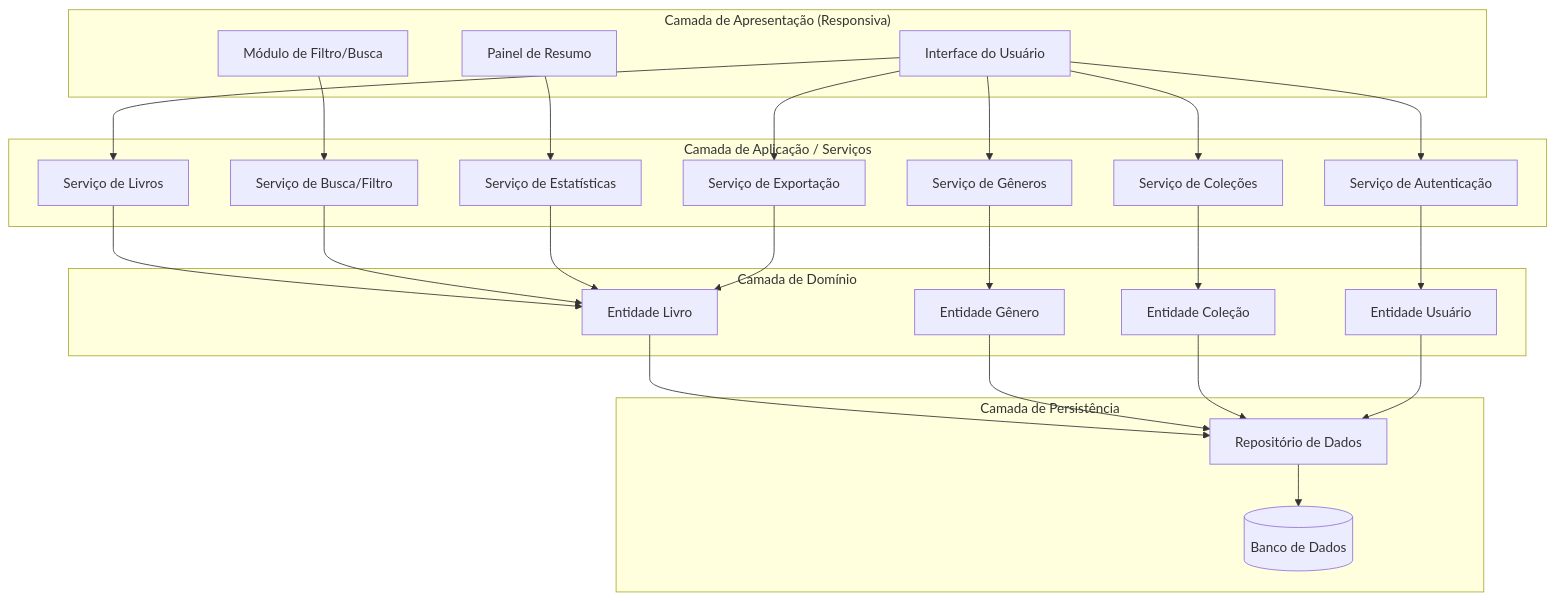
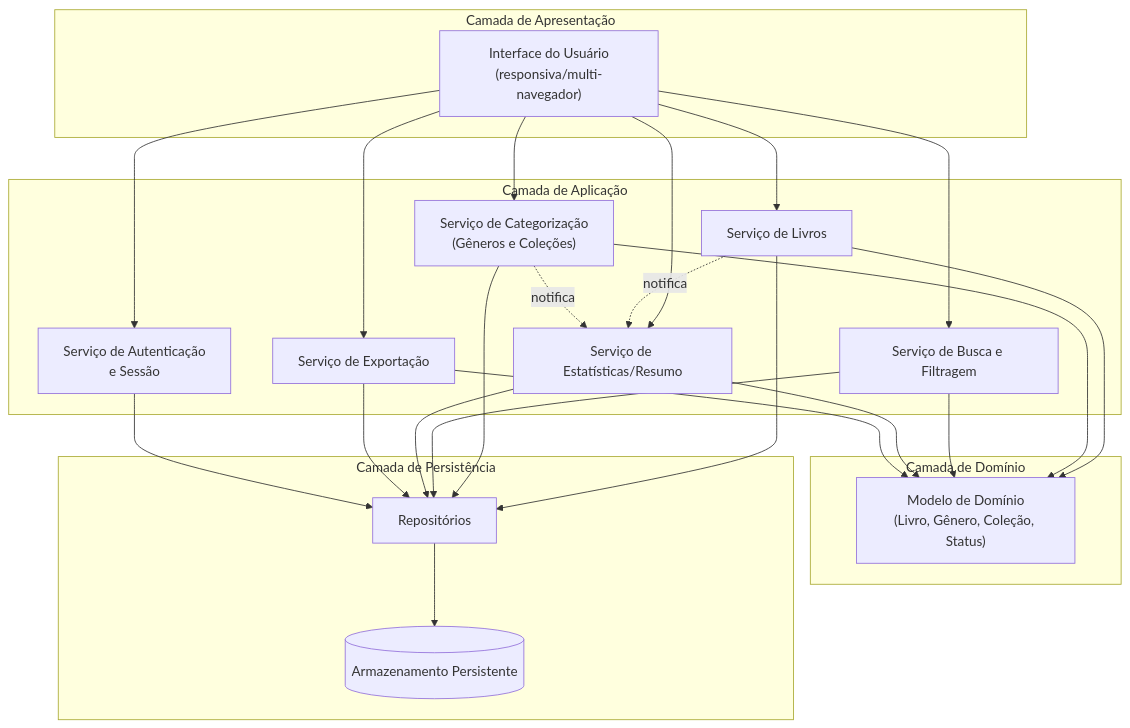
Before and after one commit to PDC-ESIA/AI4ES: the first of 4 diagrams in docs/Time_2_Design/analise-qualitativa/outputs/relatorio_claude_opus_4_8_P04.md, drawn with Mermaid. The commit also changed other lines of this file and 93 other files, not shown here.

````diff
--- a/docs/Time_2_Design/analise-qualitativa/outputs/relatorio_claude_opus_4_8_P04.md
+++ b/docs/Time_2_Design/analise-qualitativa/outputs/relatorio_claude_opus_4_8_P04.md
@@ -27,52 +27,48 @@
 ```mermaid
-flowchart TD
-    subgraph Cliente["Camada de Apresentação (Responsiva)"]
-        UI[Interface do Usuário]
-        FiltroUI[Módulo de Filtro/Busca]
-        ResumoUI[Painel de Resumo]
+graph TD
+    subgraph Cliente["Camada de Apresentação"]
+        UI["Interface do Usuário<br/>(responsiva/multi-navegador)"]
     end
 
-    subgraph API["Camada de Aplicação / Serviços"]
-        AuthSvc[Serviço de Autenticação]
-        LivroSvc[Serviço de Livros]
-        GeneroSvc[Serviço de Gêneros]
-        ColecaoSvc[Serviço de Coleções]
-        BuscaSvc[Serviço de Busca/Filtro]
-        EstatSvc[Serviço de Estatísticas]
-        ExportSvc[Serviço de Exportação]
+    subgraph Aplicacao["Camada de Aplicação"]
+        AUTH["Serviço de Autenticação<br/>e Sessão"]
+        BOOK["Serviço de Livros"]
+        CAT["Serviço de Categorização<br/>(Gêneros e Coleções)"]
+        QUERY["Serviço de Busca e Filtragem"]
+        STATS["Serviço de Estatísticas/Resumo"]
+        EXPORT["Serviço de Exportação"]
     end
 
     subgraph Dominio["Camada de Domínio"]
-        LivroDom[Entidade Livro]
-        GeneroDom[Entidade Gênero]
-        ColecaoDom[Entidade Coleção]
-        UsuarioDom[Entidade Usuário]
+        DM["Modelo de Domínio<br/>(Livro, Gênero, Coleção, Status)"]
     end
 
-    subgraph Persistencia["Camada de Persistência"]
-        Repo[Repositório de Dados]
-        DB[(Banco de Dados)]
+    subgraph Infra["Camada de Persistência"]
+        REPO["Repositórios"]
+        DB[("Armazenamento Persistente")]
     end
 
-    UI --> AuthSvc
-    UI --> LivroSvc
-    FiltroUI --> BuscaSvc
-    ResumoUI --> EstatSvc
-    UI --> GeneroSvc
-    UI --> ColecaoSvc
-    UI --> ExportSvc
+    UI --> AUTH
+    UI --> BOOK
+    UI --> CAT
+    UI --> QUERY
+    UI --> STATS
+    UI --> EXPORT
 
-    LivroSvc --> LivroDom
-    GeneroSvc --> GeneroDom
-    ColecaoSvc --> ColecaoDom
-    AuthSvc --> UsuarioDom
-    BuscaSvc --> LivroDom
-    EstatSvc --> LivroDom
-    ExportSvc --> LivroDom
+    BOOK --> DM
+    CAT --> DM
+    QUERY --> DM
+    STATS --> DM
+    EXPORT --> DM
 
-    LivroDom --> Repo
-    GeneroDom --> Repo
-    ColecaoDom --> Repo
-    UsuarioDom --> Repo
-    Repo --> DB
+    BOOK --> REPO
+    CAT --> REPO
+    QUERY --> REPO
+    STATS --> REPO
+    EXPORT --> REPO
+    AUTH --> REPO
+    REPO --> DB
+
+    BOOK -. notifica .-> STATS
+    CAT -. notifica .-> STATS
 ```
````
